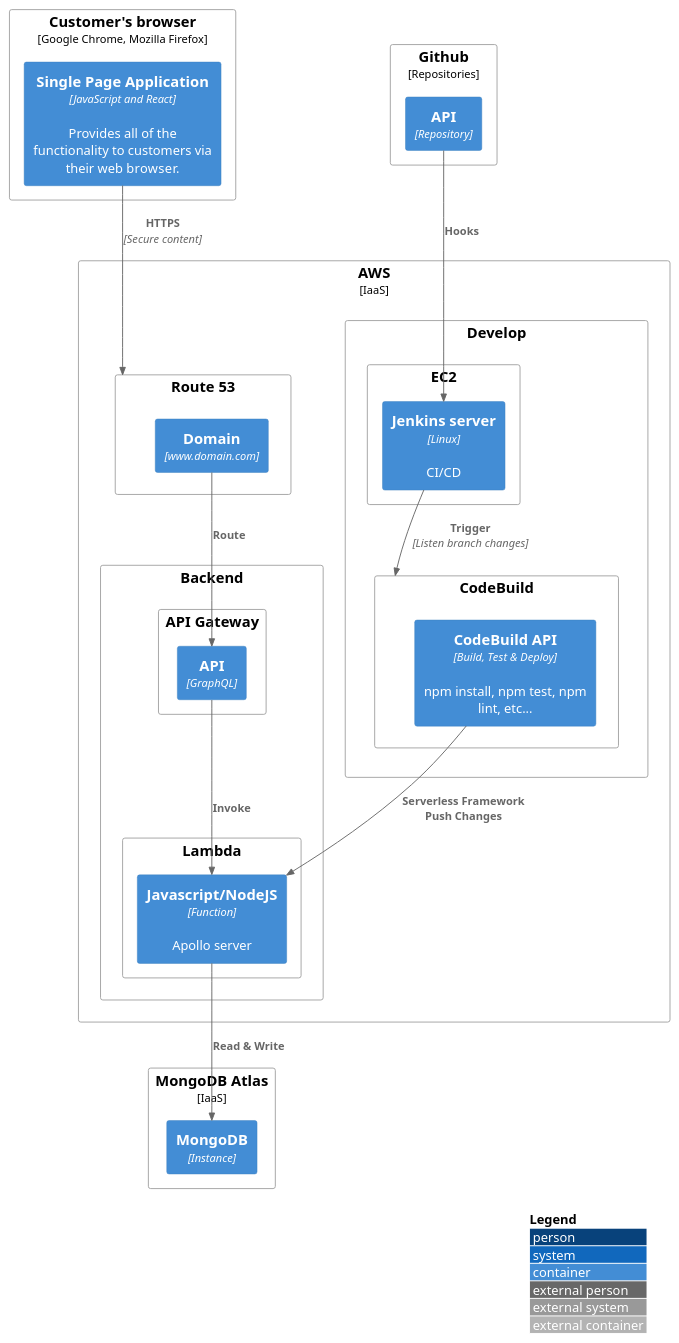
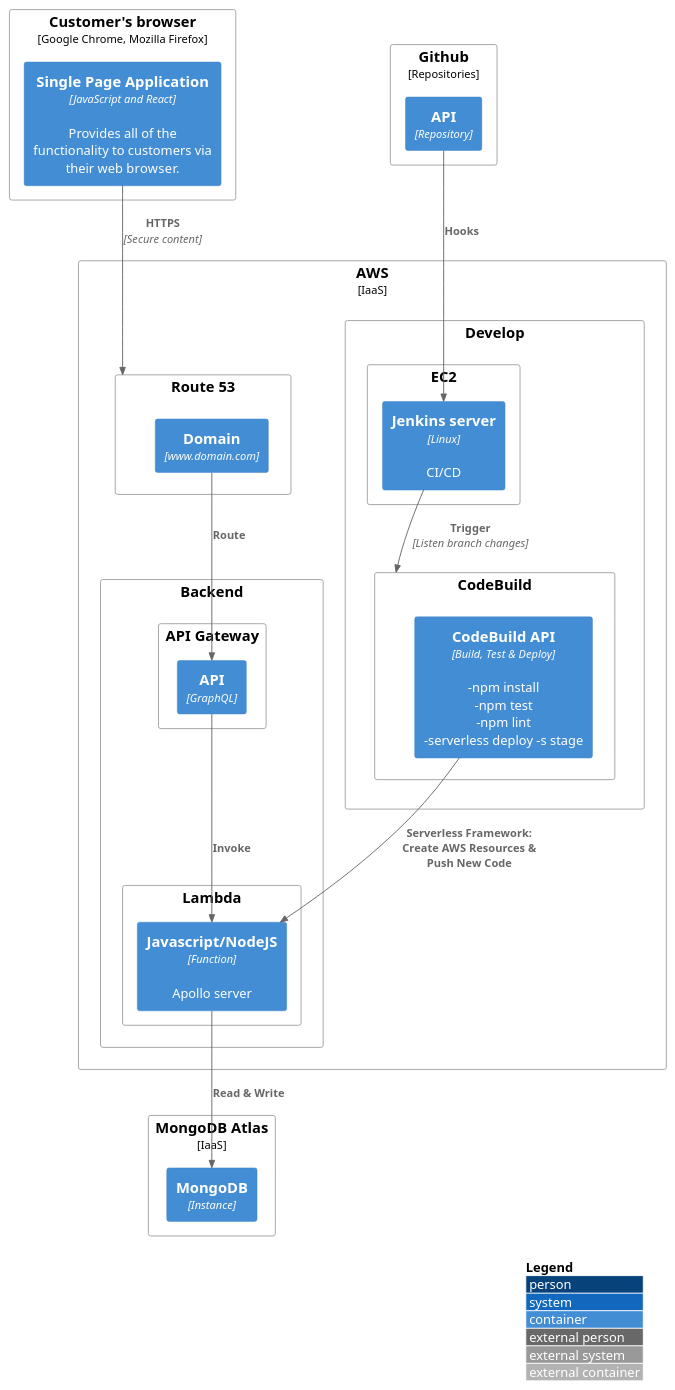
One commit to aoropeza/collie-docs changed the diagram in src/2 Deployment/API Application/deployment.puml. Above: the diagram before and after it, drawn with PlantUML. The commit also changed 1 other file, not shown here.

```diff
--- a/src/2 Deployment/API Application/deployment.puml
+++ b/src/2 Deployment/API Application/deployment.puml
@@ -1,52 +1,52 @@
 @startuml
 !include https://raw.githubusercontent.com/adrianvlupu/C4-PlantUML/latest/C4_Deployment.puml
 
 LAYOUT_WITH_LEGEND()
 
 Deployment_Node(comp, "Customer's browser", "Google Chrome, Mozilla Firefox"){  
   Container(spa, "Single Page Application", "JavaScript and React", "Provides all of the functionality to customers via their web browser.")
 }
 
 Deployment_Node(mongoDbAtlas, "MongoDB Atlas", "IaaS"){
   Container(mongoDBInstance, "MongoDB", "Instance")
 }
 
 Deployment_Node(github, "Github", "Repositories"){
   Container(repo, "API", "Repository")
 }
 
 Deployment_Node(aws, "AWS", "IaaS"){
 
   Deployment_Node(Backend, "Backend"){
     Deployment_Node(apiGateway, "API Gateway"){
       Container(apiGatewayCollieAPI, "API", "GraphQL")
     }
 
     Deployment_Node(lambda, "Lambda"){
       Container(lambdaApolloFunction, "Javascript/NodeJS", "Function", "Apollo server")
     }
   }
 
   Deployment_Node(53, "Route 53"){
     Container(domain, "Domain", "www.domain.com")
   }
   
   Deployment_Node(develop, "Develop"){
     Deployment_Node(ec2, "EC2"){
       Container(ec2Jenkins, "Jenkins server", "Linux", "CI/CD")
     }
     Deployment_Node(codeBuild, "CodeBuild"){
-      Container(codeBuildAPI, "CodeBuild API", "Build, Test & Deploy", "npm install, npm test, npm lint, etc...")
+      Container(codeBuildAPI, "CodeBuild API", "Build, Test & Deploy", "-npm install\n-npm test\n-npm lint\n-serverless deploy -s stage")
     }
   }
 
   Rel(domain, apiGatewayCollieAPI, "Route")
   Rel(apiGatewayCollieAPI, lambdaApolloFunction, "Invoke")
   Rel(ec2Jenkins, codeBuild, "Trigger", "Listen branch changes")
-  Rel(codeBuildAPI, lambdaApolloFunction, "Serverless Framework Push Changes")
+  Rel(codeBuildAPI, lambdaApolloFunction, "Serverless Framework: Create AWS Resources & Push New Code")
 }
 
 Rel(spa, 53, "HTTPS", "Secure content")
 Rel(lambdaApolloFunction, mongoDBInstance, "Read & Write")
 Rel(repo, ec2Jenkins, "Hooks")
 @enduml
```
